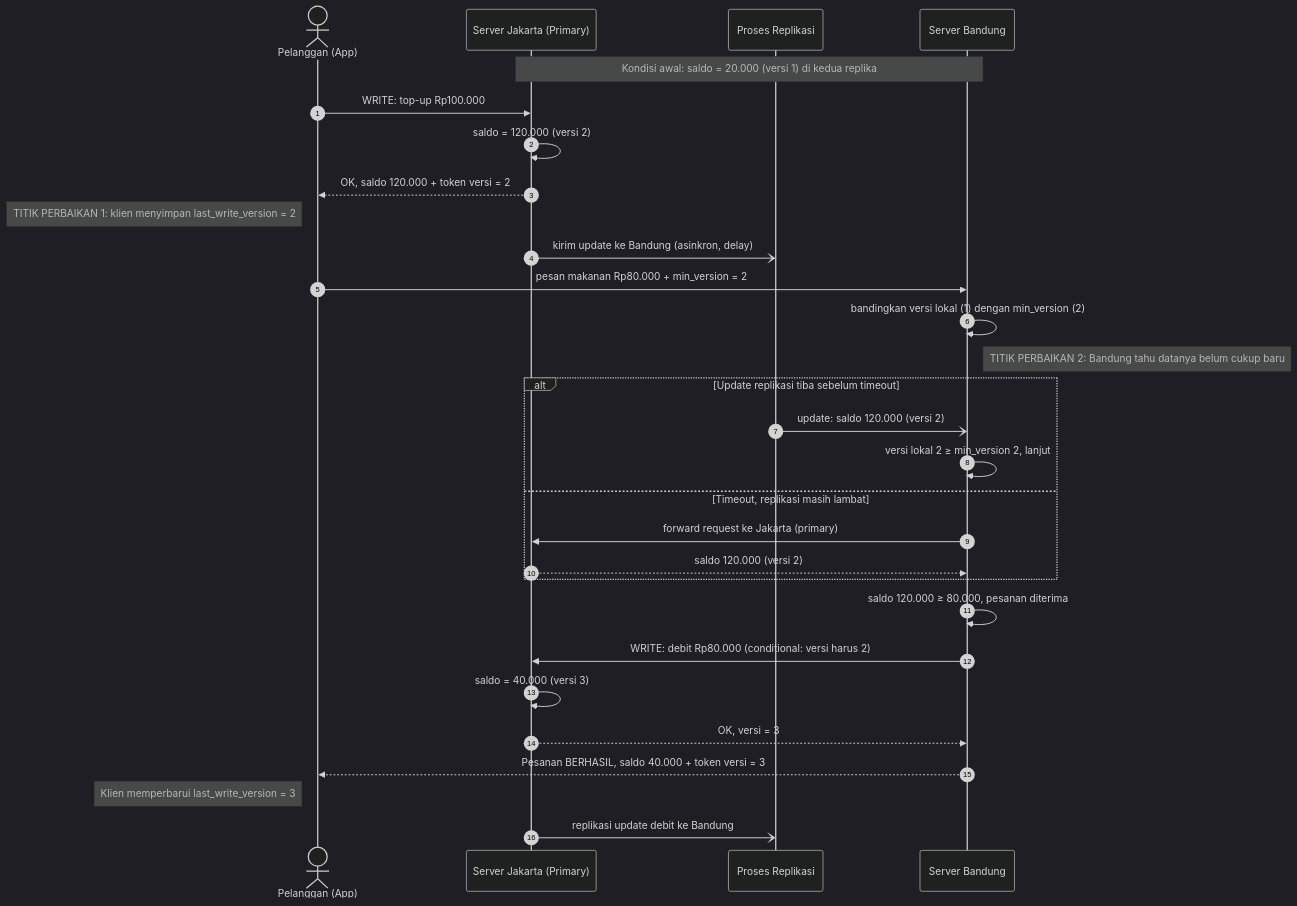
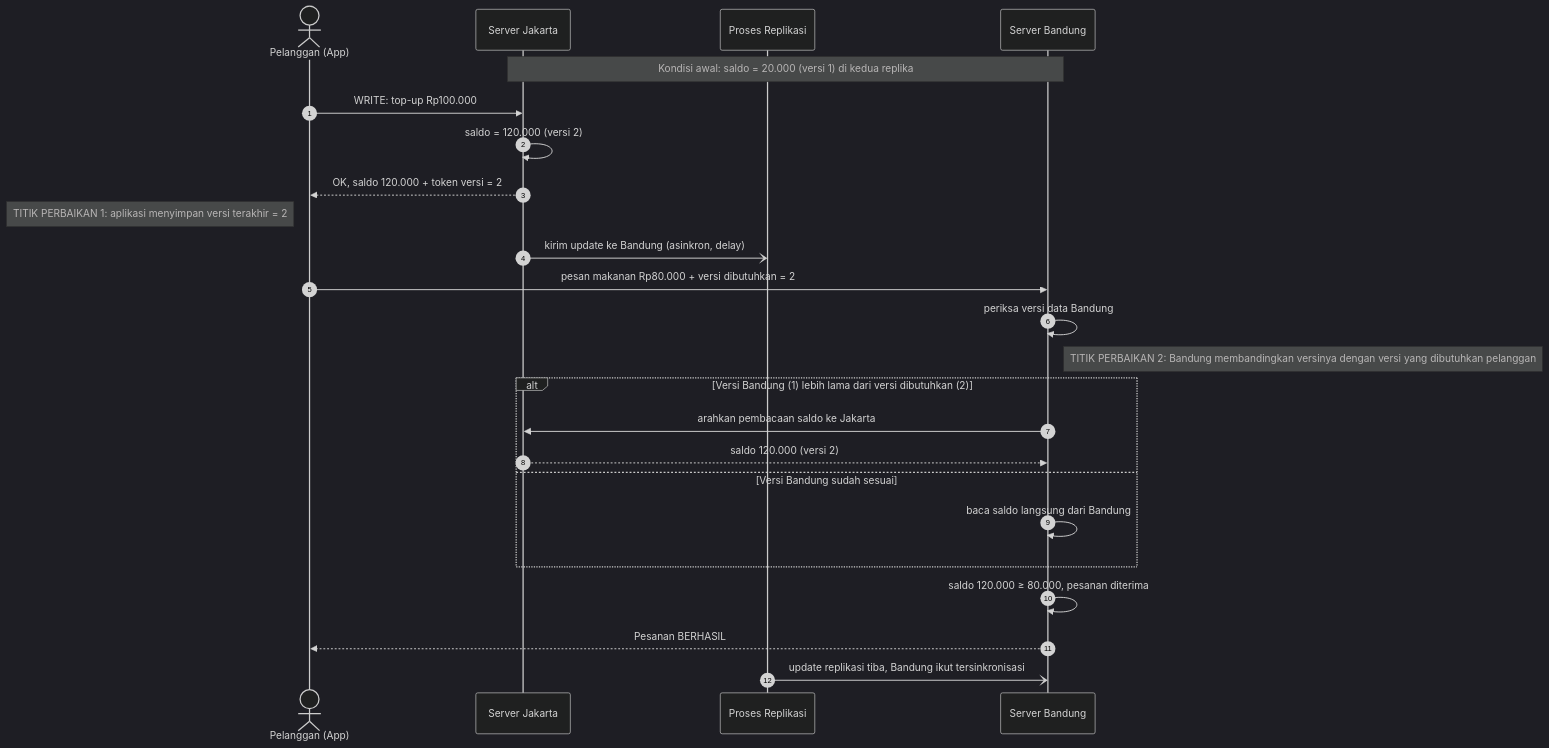
Before and after one commit to RidhoDhori/komputasi-awan-dan-terdistribusi: the second of 2 diagrams in tugas-07-konsistensi-data/README.md, drawn with Mermaid (dark theme). The commit also changed other lines of this file, not shown here.

Commit message:
restu commit

````diff
--- a/tugas-07-konsistensi-data/README.md
+++ b/tugas-07-konsistensi-data/README.md
@@ -106,36 +107,31 @@
 ```mermaid
 sequenceDiagram
     autonumber
     actor P as Pelanggan (App)
-    participant J as Server Jakarta (Primary)
+    participant J as Server Jakarta
     participant R as Proses Replikasi
     participant B as Server Bandung
 
     Note over J,B: Kondisi awal: saldo = 20.000 (versi 1) di kedua replika
 
     P->>J: WRITE: top-up Rp100.000
     J->>J: saldo = 120.000 (versi 2)
     J-->>P: OK, saldo 120.000 + token versi = 2
-    Note left of P: TITIK PERBAIKAN 1: klien menyimpan last_write_version = 2
+    Note left of P: TITIK PERBAIKAN 1: aplikasi menyimpan versi terakhir = 2
     J-)R: kirim update ke Bandung (asinkron, delay)
 
-    P->>B: pesan makanan Rp80.000 + min_version = 2
-    B->>B: bandingkan versi lokal (1) dengan min_version (2)
-    Note right of B: TITIK PERBAIKAN 2: Bandung tahu datanya belum cukup baru
+    P->>B: pesan makanan Rp80.000 + versi dibutuhkan = 2
+    B->>B: periksa versi data Bandung
+    Note right of B: TITIK PERBAIKAN 2: Bandung membandingkan versinya dengan versi yang dibutuhkan pelanggan
 
-    alt Update replikasi tiba sebelum timeout
-        R-)B: update: saldo 120.000 (versi 2)
-        B->>B: versi lokal 2 ≥ min_version 2, lanjut
-    else Timeout, replikasi masih lambat
-        B->>J: forward request ke Jakarta (primary)
+    alt Versi Bandung (1) lebih lama dari versi dibutuhkan (2)
+        B->>J: arahkan pembacaan saldo ke Jakarta
         J-->>B: saldo 120.000 (versi 2)
+    else Versi Bandung sudah sesuai
+        B->>B: baca saldo langsung dari Bandung
     end
 
     B->>B: saldo 120.000 ≥ 80.000, pesanan diterima
-    B->>J: WRITE: debit Rp80.000 (conditional: versi harus 2)
-    J->>J: saldo = 40.000 (versi 3)
-    J-->>B: OK, versi = 3
-    B-->>P: Pesanan BERHASIL, saldo 40.000 + token versi = 3
-    Note left of P: Klien memperbarui last_write_version = 3
-    J-)R: replikasi update debit ke Bandung
+    B-->>P: Pesanan BERHASIL
+    R-)B: update replikasi tiba, Bandung ikut tersinkronisasi
 ```
````
